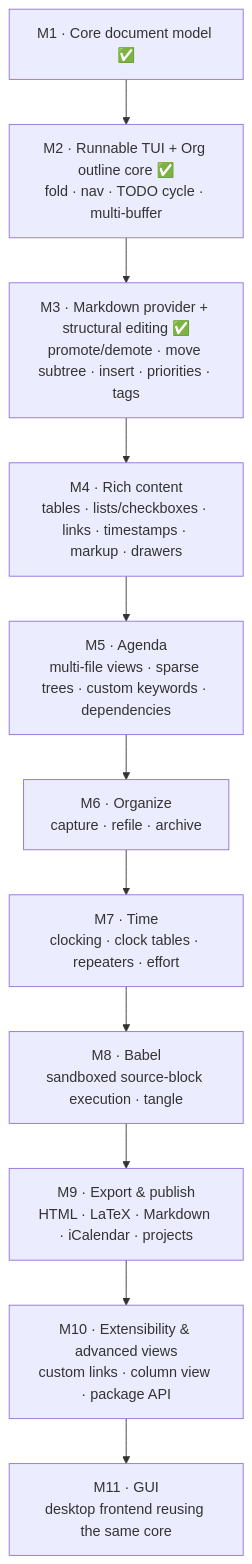
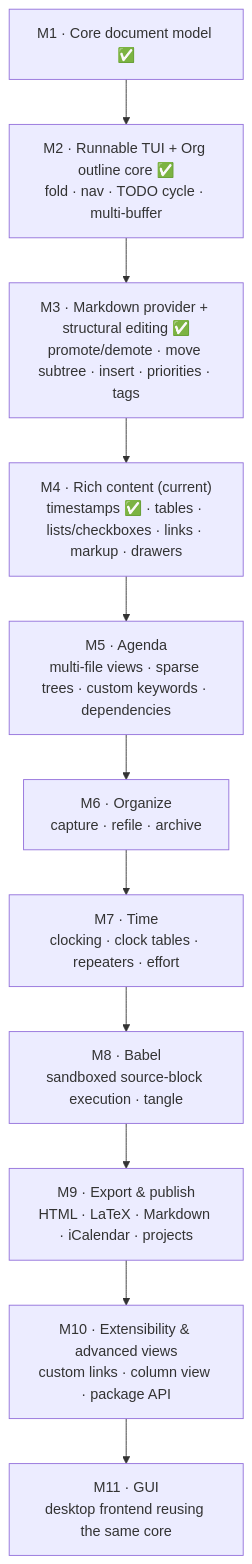
Before and after one commit to systemhalted/textr-org: the diagram in docs/roadmap.md, drawn with Mermaid. The commit also changed other lines of this file and 4 other files, not shown here.

````diff
--- a/docs/roadmap.md
+++ b/docs/roadmap.md
@@ -61,14 +61,14 @@
 ```mermaid
 flowchart TD
     M1["M1 · Core document model ✅"]
     M1 --> M2["M2 · Runnable TUI + Org outline core ✅<br/>fold · nav · TODO cycle · multi-buffer"]
     M2 --> M3["M3 · Markdown provider + structural editing ✅<br/>promote/demote · move subtree · insert · priorities · tags"]
-    M3 --> M4["M4 · Rich content<br/>tables · lists/checkboxes · links · timestamps · markup · drawers"]
+    M3 --> M4["M4 · Rich content (current)<br/>timestamps ✅ · tables · lists/checkboxes · links · markup · drawers"]
     M4 --> M5["M5 · Agenda<br/>multi-file views · sparse trees · custom keywords · dependencies"]
     M5 --> M6["M6 · Organize<br/>capture · refile · archive"]
     M6 --> M7["M7 · Time<br/>clocking · clock tables · repeaters · effort"]
     M7 --> M8["M8 · Babel<br/>sandboxed source-block execution · tangle"]
     M8 --> M9["M9 · Export & publish<br/>HTML · LaTeX · Markdown · iCalendar · projects"]
     M9 --> M10["M10 · Extensibility & advanced views<br/>custom links · column view · package API"]
     M10 --> M11["M11 · GUI<br/>desktop frontend reusing the same core"]
 ```
````
